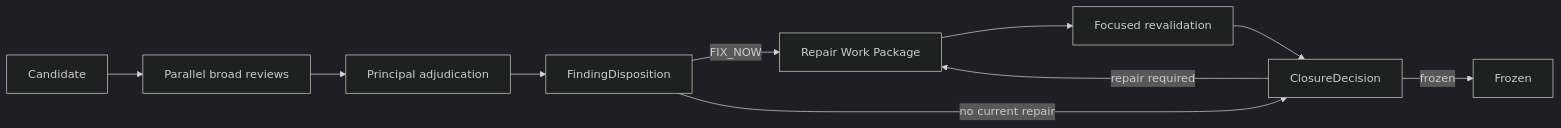
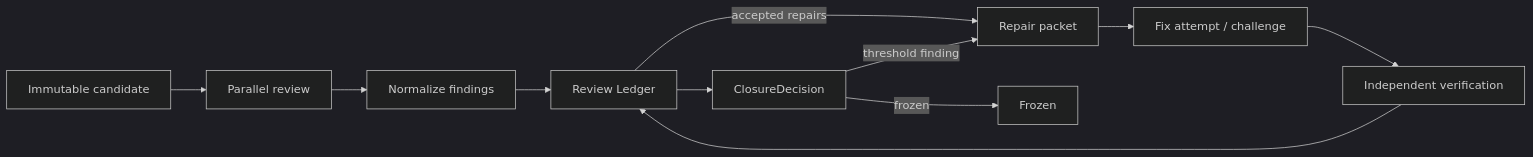
The eighth of 8 diagrams in docs/PROTOCOLS.md (olostan/DevCadence), drawn with Mermaid (dark theme) before and after one commit. The commit also changed other lines of this file and 14 other files, not shown here.

Commit message:
docs: cognitive invocation compiler and durable review ledger

```diff
--- a/docs/PROTOCOLS.md
+++ b/docs/PROTOCOLS.md
@@ -753,17 +817,18 @@
 ~~~mermaid
 flowchart LR
-    C["Candidate"]
-    R["Parallel broad reviews"]
-    A["Principal adjudication"]
-    D["FindingDisposition"]
-    W["Repair Work Package"]
-    F["Focused revalidation"]
+    C["Immutable candidate"]
+    R["Parallel review"]
+    N["Normalize findings"]
+    L["Review Ledger"]
+    W["Repair packet"]
+    X["Fix attempt / challenge"]
+    V["Independent verification"]
     CD["ClosureDecision"]
     Z["Frozen"]
 
-    C --> R --> A --> D
-    D -->|"FIX_NOW"| W --> F --> CD
-    D -->|"no current repair"| CD
+    C --> R --> N --> L
+    L -->|"accepted repairs"| W --> X --> V --> L
+    L --> CD
     CD -->|"frozen"| Z
-    CD -->|"repair required"| W
+    CD -->|"threshold finding"| W
 ~~~
```
